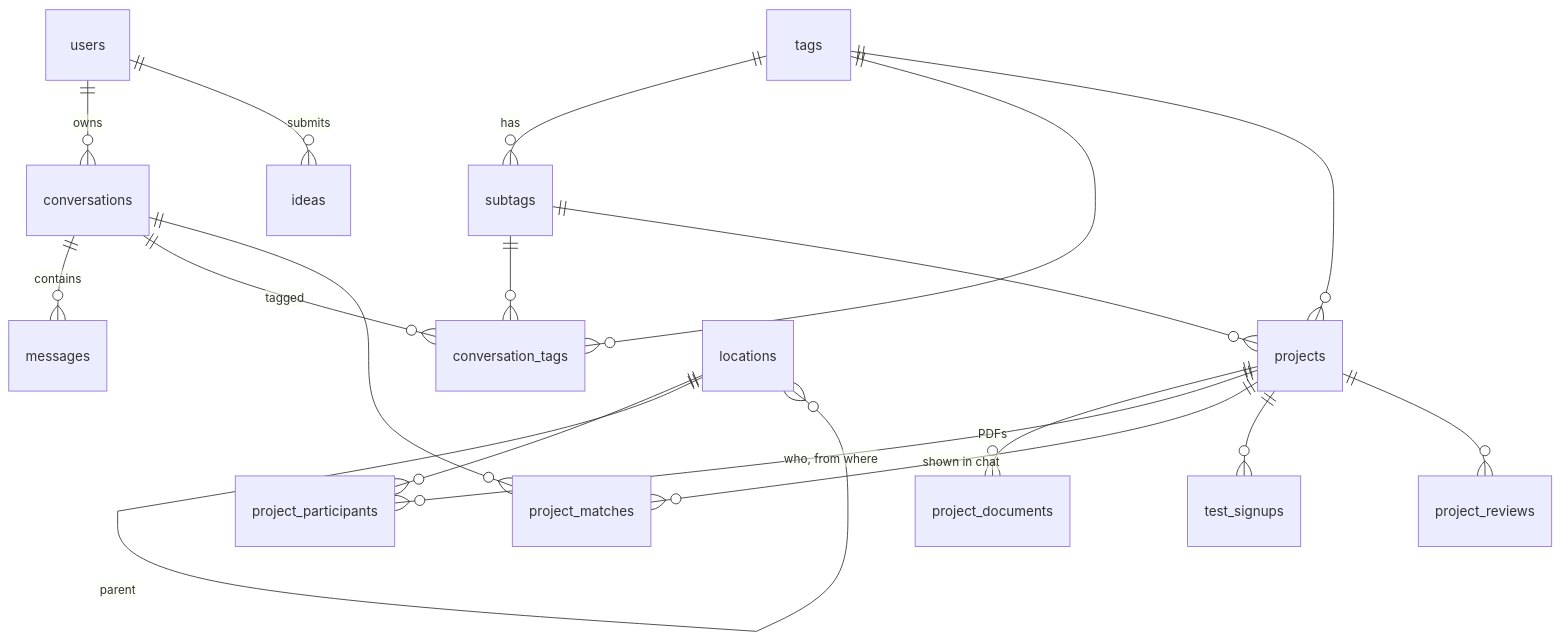
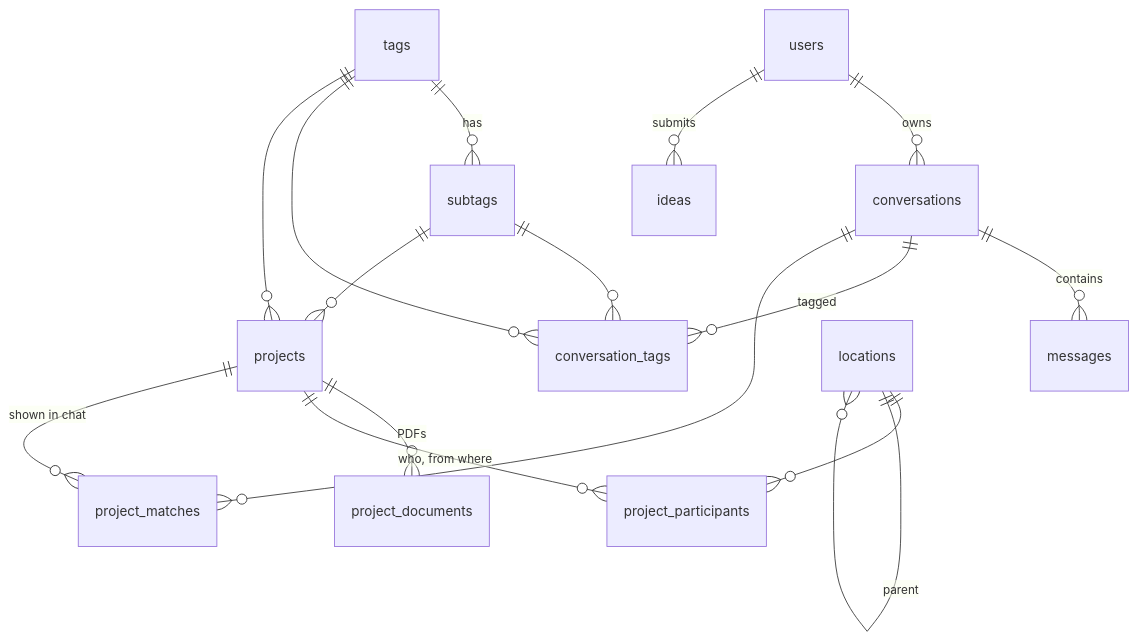
The diagram in backend/DATABASE.md (Mkoek213/HackNation2026-Innovation), drawn with Mermaid before and after one commit. The commit also changed other lines of this file and 50 other files, not shown here.

````diff
--- a/backend/DATABASE.md
+++ b/backend/DATABASE.md
@@ -24,20 +24,18 @@
 ```mermaid
 erDiagram
     users ||--o{ conversations : owns
     conversations ||--o{ messages : contains
     conversations ||--o{ conversation_tags : tagged
     tags ||--o{ subtags : has
     tags ||--o{ conversation_tags : ""
     subtags ||--o{ conversation_tags : ""
     tags ||--o{ projects : ""
     subtags ||--o{ projects : ""
     projects ||--o{ project_documents : "PDFs"
     projects ||--o{ project_participants : "who, from where"
     locations ||--o{ project_participants : ""
     projects ||--o{ project_matches : "shown in chat"
     conversations ||--o{ project_matches : ""
     users ||--o{ ideas : submits
-    projects ||--o{ test_signups : ""
-    projects ||--o{ project_reviews : ""
     locations ||--o{ locations : "parent"
 ```
````
